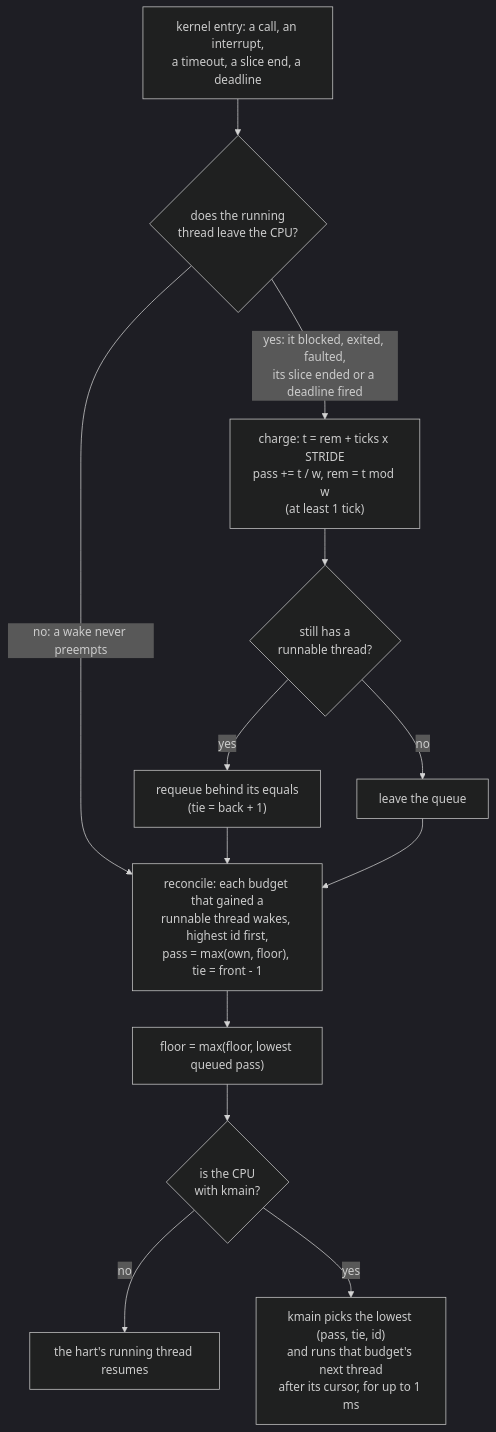
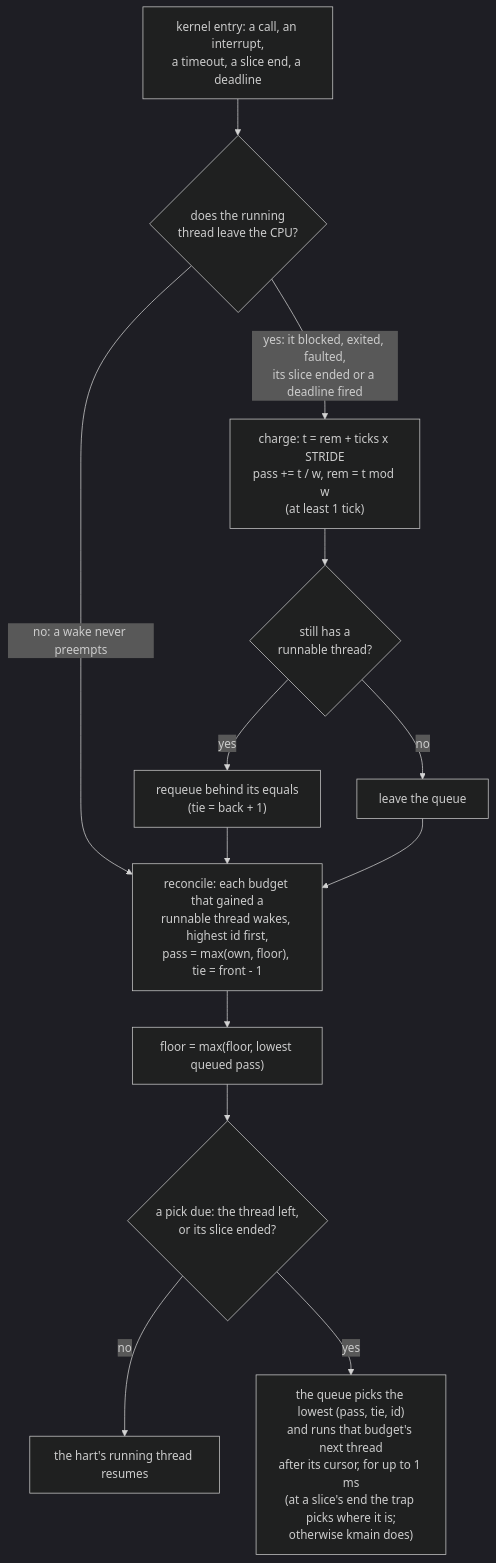
The diagram in docs/kernel/scheduling.md (sirmick/redoubt), drawn with Mermaid (dark theme) before and after one commit. The commit also changed other lines of this file and 9 other files, not shown here.

````diff
--- a/docs/kernel/scheduling.md
+++ b/docs/kernel/scheduling.md
@@ -249,15 +260,15 @@
 ```mermaid
 flowchart TD
     K["kernel entry: a call, an interrupt,<br/>a timeout, a slice end, a deadline"] --> D{"does the running<br/>thread leave the CPU?"}
     D -- "no: a wake never preempts" --> REC
     D -- "yes: it blocked, exited, faulted,<br/>its slice ended or a deadline fired" --> F["charge: t = rem + ticks x STRIDE<br/>pass += t / w, rem = t mod w<br/>(at least 1 tick)"]
     F --> S{"still has a<br/>runnable thread?"}
     S -- yes --> RQ["requeue behind its equals<br/>(tie = back + 1)"]
     S -- no --> LV[leave the queue]
     RQ --> REC
     LV --> REC
     REC["reconcile: each budget that gained a<br/>runnable thread wakes, highest id first,<br/>pass = max(own, floor), tie = front - 1"] --> FL["floor = max(floor, lowest queued pass)"]
-    FL --> R{"is the CPU<br/>with kmain?"}
+    FL --> R{"a pick due: the thread left,<br/>or its slice ended?"}
     R -- no --> RUN[the hart's running thread resumes]
-    R -- yes --> P["kmain picks the lowest (pass, tie, id)<br/>and runs that budget's next thread<br/>after its cursor, for up to 1 ms"]
+    R -- yes --> P["the queue picks the lowest (pass, tie, id)<br/>and runs that budget's next thread<br/>after its cursor, for up to 1 ms<br/>(at a slice's end the trap picks where it is;<br/>otherwise kmain does)"]
 ```
````
